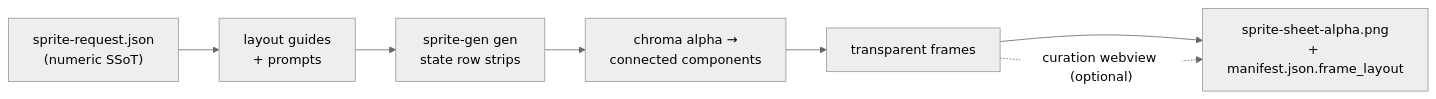
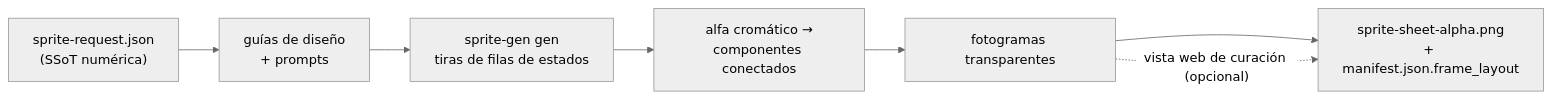
One commit to aldegad/sprite-gen changed the diagram in README.es.md. Above: the diagram before and after it, drawn with Mermaid (neutral theme). The commit also changed other lines of this file and 14 other files, not shown here.

````diff
--- a/README.es.md
+++ b/README.es.md
@@ -25,9 +25,9 @@
 ```mermaid
 flowchart LR
-    REQ["sprite-request.json<br/>(numeric SSoT)"] --> GUIDES["layout guides<br/>+ prompts"]
-    GUIDES --> GEN["sprite-gen gen<br/>state row strips"]
-    GEN --> EXTRACT["chroma alpha →<br/>connected components"]
-    EXTRACT --> FRAMES["transparent frames"]
+    REQ["sprite-request.json<br/>(SSoT numérica)"] --> GUIDES["guías de diseño<br/>+ prompts"]
+    GUIDES --> GEN["sprite-gen gen<br/>tiras de filas de estados"]
+    GEN --> EXTRACT["alfa cromático →<br/>componentes conectados"]
+    EXTRACT --> FRAMES["fotogramas transparentes"]
     FRAMES --> ATLAS["sprite-sheet-alpha.png<br/>+ manifest.json.frame_layout"]
-    FRAMES -. "curation webview (optional)" .-> ATLAS
+    FRAMES -. "vista web de curación (opcional)" .-> ATLAS
 ```
````
